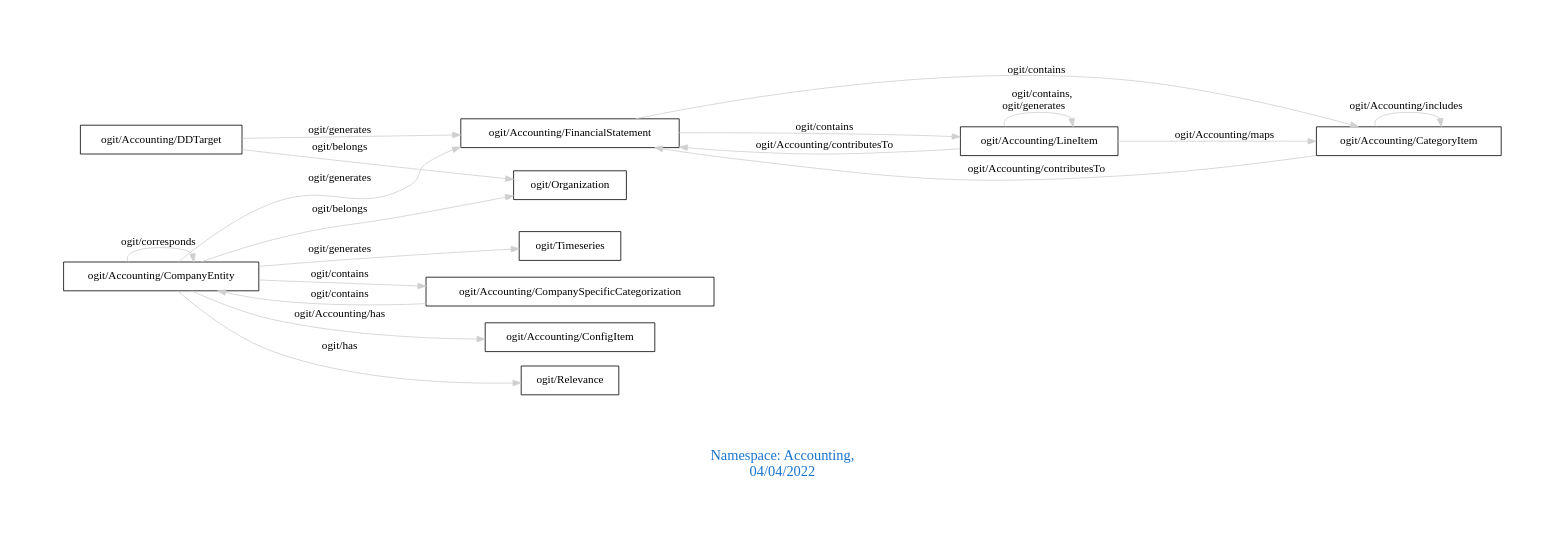
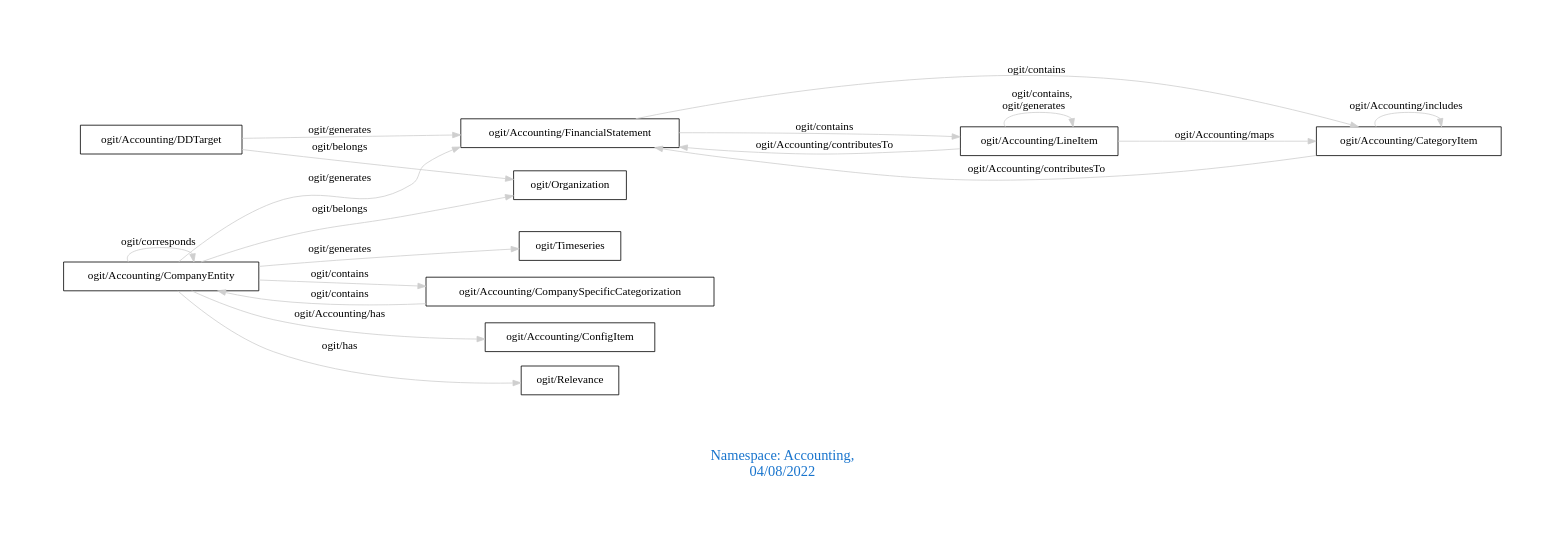
Before and after one commit to arago/OGIT: the diagram in downloads/Accounting.dot, drawn with Graphviz. The commit also changed 1937 other files, not shown here.

```diff
--- a/downloads/Accounting.dot
+++ b/downloads/Accounting.dot
@@ -1,25 +1,25 @@
 digraph OGIT_ontology {
  graph [ rankdir= LR,pad=1 
 fontsize = 18,
-fontcolor= dodgerblue3,label = "\n\n\nNamespace: Accounting, \n 04/04/2022"];
+fontcolor= dodgerblue3,label = "\n\n\nNamespace: Accounting, \n 04/08/2022"];
 node[shape=polygon];
 edge [  color="gray81"];
 
    "ogit/Accounting/CompanyEntity" -> "ogit/Accounting/CompanySpecificCategorization" [label="   ogit/contains    "];
    "ogit/Accounting/CompanySpecificCategorization" -> "ogit/Accounting/CompanyEntity" [label="   ogit/contains    "];
    "ogit/Accounting/FinancialStatement" -> "ogit/Accounting/LineItem" [label="   ogit/contains    "];
    "ogit/Accounting/FinancialStatement" -> "ogit/Accounting/CategoryItem" [label="   ogit/contains    "];
    "ogit/Accounting/CompanyEntity" -> "ogit/Accounting/FinancialStatement" [label="   ogit/generates    "];
    "ogit/Accounting/CompanyEntity" -> "ogit/Timeseries" [label="   ogit/generates    "];
    "ogit/Accounting/DDTarget" -> "ogit/Accounting/FinancialStatement" [label="   ogit/generates    "];
    "ogit/Accounting/CategoryItem" -> "ogit/Accounting/FinancialStatement" [label="   ogit/Accounting/contributesTo    "];
    "ogit/Accounting/LineItem" -> "ogit/Accounting/FinancialStatement" [label="   ogit/Accounting/contributesTo    "];
    "ogit/Accounting/LineItem" -> "ogit/Accounting/CategoryItem" [label="   ogit/Accounting/maps    "];
    "ogit/Accounting/CompanyEntity" -> "ogit/Organization" [label="   ogit/belongs    "];
    "ogit/Accounting/DDTarget" -> "ogit/Organization" [label="   ogit/belongs    "];
    "ogit/Accounting/CompanyEntity" -> "ogit/Accounting/ConfigItem" [label="   ogit/Accounting/has    "];
    "ogit/Accounting/CompanyEntity" -> "ogit/Relevance" [label="   ogit/has    "];
    "ogit/Accounting/CategoryItem" -> "ogit/Accounting/CategoryItem" [label="   ogit/Accounting/includes    "];
    "ogit/Accounting/CompanyEntity" -> "ogit/Accounting/CompanyEntity" [label="   ogit/corresponds    "];
    "ogit/Accounting/LineItem" -> "ogit/Accounting/LineItem" [label="   ogit/contains, \n ogit/generates    "];
 }
```
